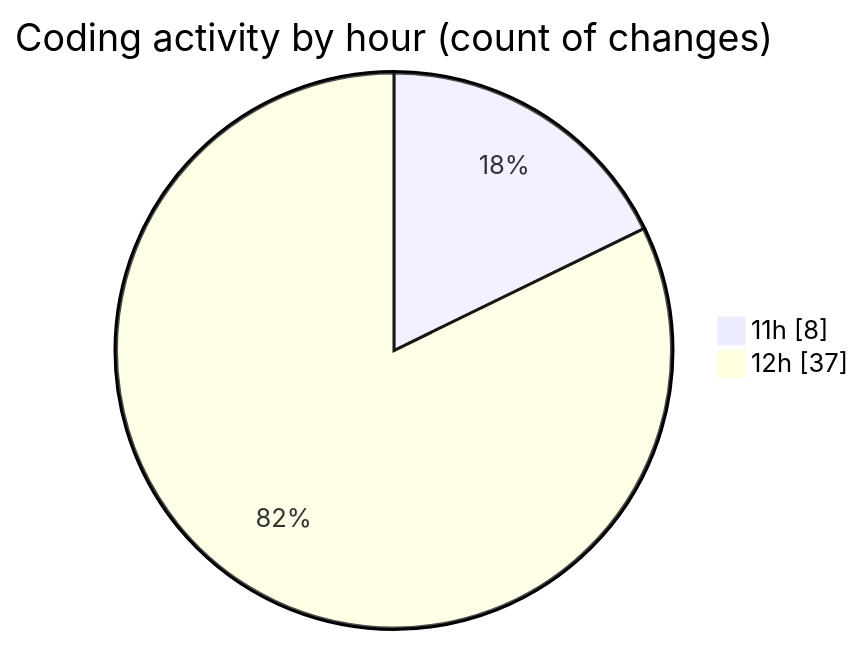
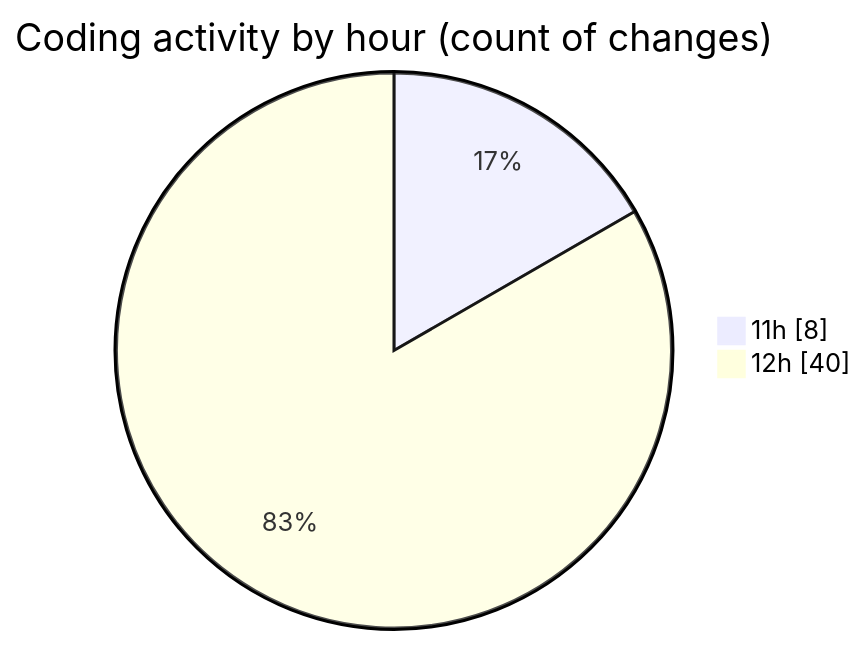
One commit to BS-eng2023/code-tracking changed the second of 2 diagrams in 2025-05-04/project/README.md. Above: the diagram before and after it, drawn with Mermaid. The commit also changed other lines of this file and 1 other file, not shown here.

````diff
--- a/2025-05-04/project/README.md
+++ b/2025-05-04/project/README.md
@@ -46,6 +46,6 @@
 ```mermaid
 pie showData
 title Coding activity by hour (count of changes)
 "11h" : 8
-"12h" : 37
+"12h" : 40
 ```
````
